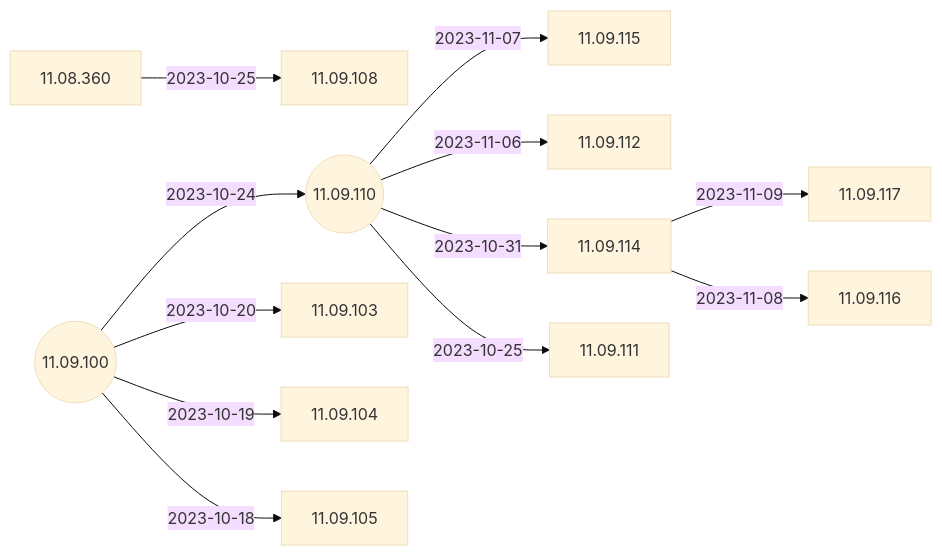
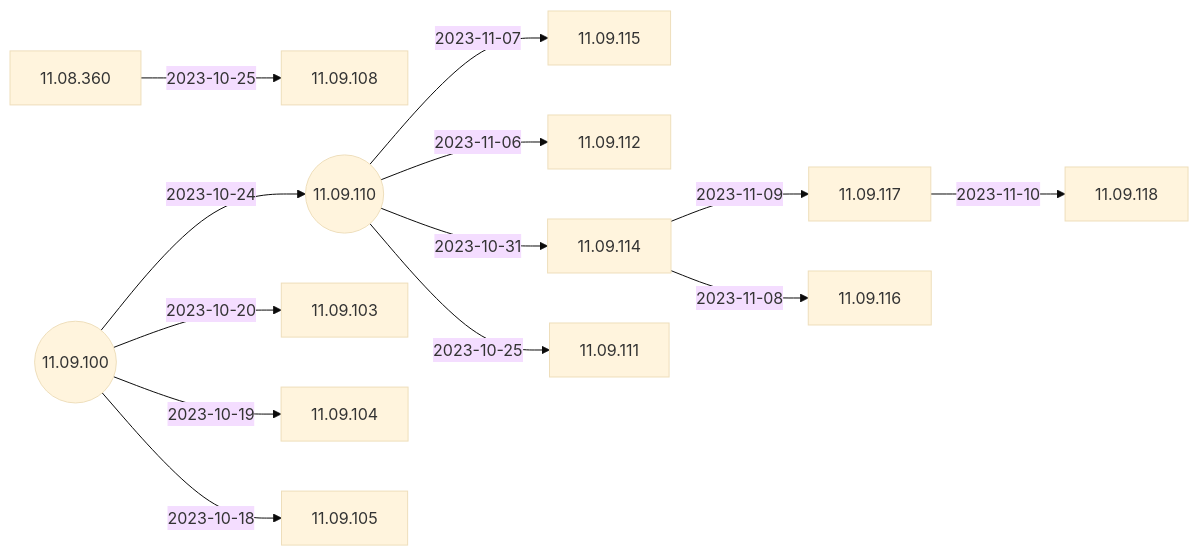
The second of 5 diagrams in docs/Docs/ReleaseNotes/01-OS11/README.md (IGEL-Community/IGEL-Docs-v02), drawn with Mermaid (base theme) before and after one commit. The commit also changed 2 other files, not shown here.

Commit message:
11.09.118 < 11.09.117

````diff
--- a/docs/Docs/ReleaseNotes/01-OS11/README.md
+++ b/docs/Docs/ReleaseNotes/01-OS11/README.md
@@ -41,27 +41,29 @@
 ```mermaid
 flowchart LR
+    11.09.117-- 2023-11-10 -->11.09.118
     11.09.114-- 2023-11-09 -->11.09.117
     11.09.114-- 2023-11-08 -->11.09.116
     11.09.110-- 2023-11-07 -->11.09.115
     11.09.110-- 2023-11-06 -->11.09.112
     11.09.110-- 2023-10-31 -->11.09.114
     11.08.360-- 2023-10-25 -->11.09.108
     11.09.110-- 2023-10-25 -->11.09.111
     11.09.100-- 2023-10-24 -->11.09.110((11.09.110))
     11.09.100-- 2023-10-20 -->11.09.103
     11.09.100-- 2023-10-19 -->11.09.104
     11.09.100-- 2023-10-18 -->11.09.105
     11.09.100((11.09.100))
+    click 11.09.118 "https://github.com/IGEL-Community/IGEL-Docs-v02/tree/main/docs/Docs/ReleaseNotes/01-OS11/readme11.09.118.txt" _blank
     click 11.09.117 "https://github.com/IGEL-Community/IGEL-Docs-v02/tree/main/docs/Docs/ReleaseNotes/01-OS11/readme11.09.117.txt" _blank
     click 11.09.116 "https://github.com/IGEL-Community/IGEL-Docs-v02/tree/main/docs/Docs/ReleaseNotes/01-OS11/readme11.09.116.txt" _blank
     click 11.09.115 "https://github.com/IGEL-Community/IGEL-Docs-v02/tree/main/docs/Docs/ReleaseNotes/01-OS11/readme11.09.115.txt" _blank
     click 11.09.112 "https://github.com/IGEL-Community/IGEL-Docs-v02/tree/main/docs/Docs/ReleaseNotes/01-OS11/readme11.09.112.txt" _blank
     click 11.09.114 "https://github.com/IGEL-Community/IGEL-Docs-v02/tree/main/docs/Docs/ReleaseNotes/01-OS11/readme11.09.114.txt" _blank
     click 11.09.108 "https://github.com/IGEL-Community/IGEL-Docs-v02/tree/main/docs/Docs/ReleaseNotes/01-OS11/readme11.09.108.txt" _blank
     click 11.09.111 "https://github.com/IGEL-Community/IGEL-Docs-v02/tree/main/docs/Docs/ReleaseNotes/01-OS11/readme11.09.111.txt" _blank
     click 11.09.110 "https://github.com/IGEL-Community/IGEL-Docs-v02/tree/main/docs/Docs/ReleaseNotes/01-OS11/readme11.09.110.txt" _blank
     click 11.09.103 "https://github.com/IGEL-Community/IGEL-Docs-v02/tree/main/docs/Docs/ReleaseNotes/01-OS11/readme11.09.103.txt" _blank
     click 11.09.104 "https://github.com/IGEL-Community/IGEL-Docs-v02/tree/main/docs/Docs/ReleaseNotes/01-OS11/readme11.09.104.txt" _blank
     click 11.09.105 "https://github.com/IGEL-Community/IGEL-Docs-v02/tree/main/docs/Docs/ReleaseNotes/01-OS11/readme11.09.105.txt" _blank
     click 11.09.100 "https://github.com/IGEL-Community/IGEL-Docs-v02/tree/main/docs/Docs/ReleaseNotes/01-OS11/readme11.09.100.txt" _blank
 ```
````
